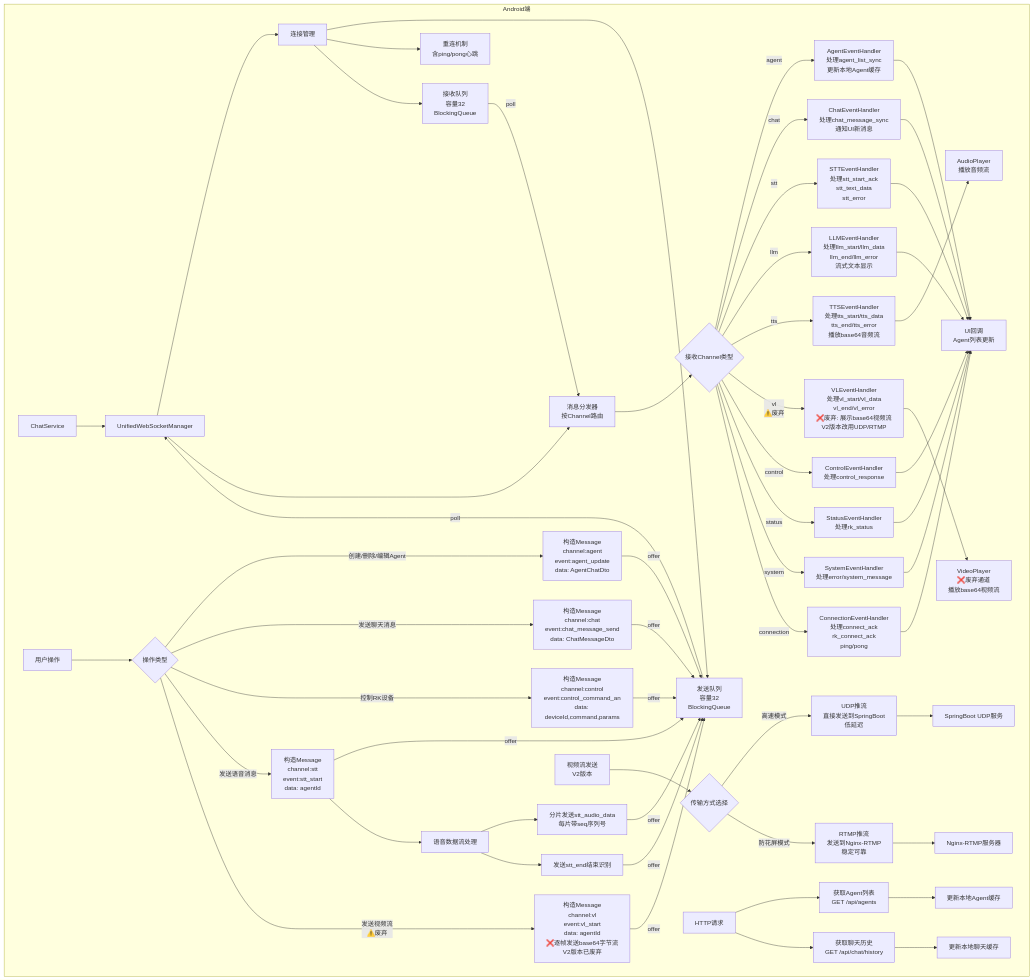
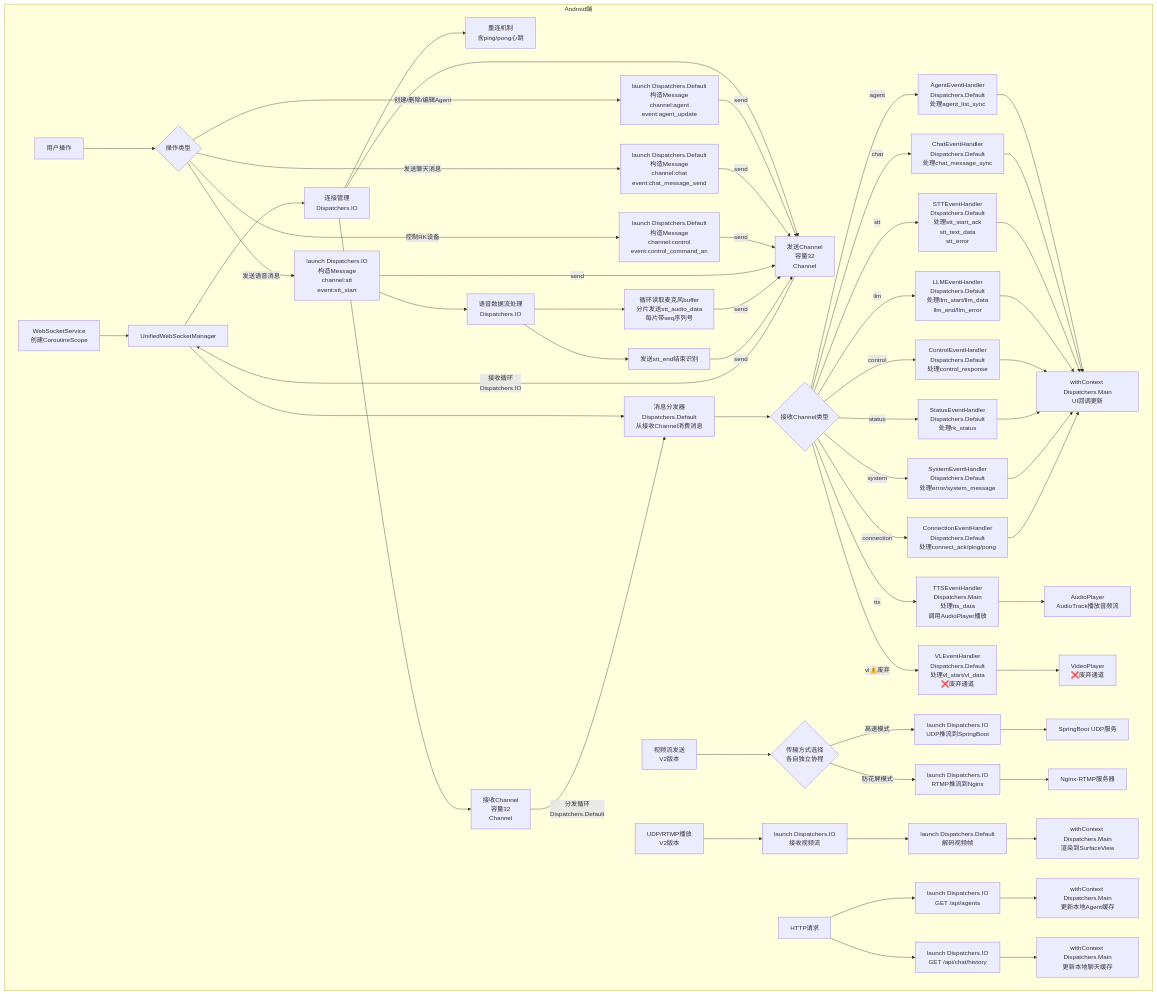
One commit to nangong918/magic-vector changed the third of 13 diagrams in cursor/WS重构.md. Above: the diagram before and after it, drawn with Mermaid. The commit also changed 1 other file, not shown here.

Commit message:
重构活动图

````diff
--- a/cursor/WS重构.md
+++ b/cursor/WS重构.md
@@ -41,74 +41,76 @@
 ```mermaid
 flowchart TD
     subgraph Android端
-        A[ChatService] --> B[UnifiedWebSocketManager]
+        A[WebSocketService<br/>创建CoroutineScope] --> B[UnifiedWebSocketManager]
 
-        B --> C[连接管理]
-        C --> D[发送队列<br/>容量32<br/>BlockingQueue<Message>]
+        B --> C[连接管理<br/>Dispatchers.IO]
+        C --> D[发送Channel<br/>容量32<br/>Channel<Message>]
         C --> E[重连机制<br/>含ping/pong心跳]
-        C --> F[接收队列<br/>容量32<br/>BlockingQueue<Message>]
+        C --> F[接收Channel<br/>容量32<br/>Channel<Message>]
 
-        B --> G[消息分发器<br/>按Channel路由]
+        B --> G[消息分发器<br/>Dispatchers.Default<br/>从接收Channel消费消息]
 
         G --> H{接收Channel类型}
 
-        H -->|agent| I1[AgentEventHandler<br/>处理agent_list_sync<br/>更新本地Agent缓存]
-        H -->|chat| I2[ChatEventHandler<br/>处理chat_message_sync<br/>通知UI新消息]
-        H -->|stt| I3[STTEventHandler<br/>处理stt_start_ack<br/>stt_text_data<br/>stt_error]
-        H -->|llm| I4[LLMEventHandler<br/>处理llm_start/llm_data<br/>llm_end/llm_error<br/>流式文本显示]
-        H -->|tts| I5[TTSEventHandler<br/>处理tts_start/tts_data<br/>tts_end/tts_error<br/>播放base64音频流]
-        H -->|vl<br/>⚠️废弃| I6[VLEventHandler<br/>处理vl_start/vl_data<br/>vl_end/vl_error<br/>&#10060废弃: 展示base64视频流<br/>V2版本改用UDP/RTMP]
-        H -->|control| I7[ControlEventHandler<br/>处理control_response]
-        H -->|status| I8[StatusEventHandler<br/>处理rk_status]
-        H -->|system| I9[SystemEventHandler<br/>处理error/system_message]
-        H -->|connection| I10[ConnectionEventHandler<br/>处理connect_ack<br/>rk_connect_ack<br/>ping/pong]
+        H -->|agent| I1[AgentEventHandler<br/>Dispatchers.Default<br/>处理agent_list_sync]
+        H -->|chat| I2[ChatEventHandler<br/>Dispatchers.Default<br/>处理chat_message_sync]
+        H -->|stt| I3[STTEventHandler<br/>Dispatchers.Default<br/>处理stt_start_ack<br/>stt_text_data<br/>stt_error]
+        H -->|llm| I4[LLMEventHandler<br/>Dispatchers.Default<br/>处理llm_start/llm_data<br/>llm_end/llm_error]
+        H -->|tts| I5[TTSEventHandler<br/>Dispatchers.Main<br/>处理tts_data<br/>调用AudioPlayer播放]
+        H -->|vl⚠️废弃| I6[VLEventHandler<br/>Dispatchers.Default<br/>处理vl_start/vl_data<br/>&#10060废弃通道]
+        H -->|control| I7[ControlEventHandler<br/>Dispatchers.Default<br/>处理control_response]
+        H -->|status| I8[StatusEventHandler<br/>Dispatchers.Default<br/>处理rk_status]
+        H -->|system| I9[SystemEventHandler<br/>Dispatchers.Default<br/>处理error/system_message]
+        H -->|connection| I10[ConnectionEventHandler<br/>Dispatchers.Default<br/>处理connect_ack/ping/pong]
 
-        I1 --> J[UI回调<br/>Agent列表更新]
+        I1 --> J[withContext Dispatchers.Main<br/>UI回调更新]
         I2 --> J
         I3 --> J
         I4 --> J
-        I5 --> K[AudioPlayer<br/>播放音频流]
-        I6 --> L[VideoPlayer<br/>&#10060废弃通道<br/>播放base64视频流]
+        I5 --> K[AudioPlayer<br/>AudioTrack播放音频流]
+        I6 --> L[VideoPlayer<br/>&#10060废弃通道]
         I7 --> J
         I8 --> J
         I9 --> J
         I10 --> J
 
         M[用户操作] --> N{操作类型}
 
-        N -->|创建/删除/编辑Agent| O1[构造Message<br/>channel:agent<br/>event:agent_update<br/>data: AgentChatDto]
-        N -->|发送聊天消息| O2[构造Message<br/>channel:chat<br/>event:chat_message_send<br/>data: ChatMessageDto]
-        N -->|控制RK设备| O3[构造Message<br/>channel:control<br/>event:control_command_an<br/>data: deviceId,command,params]
-        N -->|发送语音消息| O4[构造Message<br/>channel:stt<br/>event:stt_start<br/>data: agentId]
-        N -->|发送视频流<br/>⚠️废弃| O5[构造Message<br/>channel:vl<br/>event:vl_start<br/>data: agentId<br/>&#10060逐帧发送base64字节流<br/>V2版本已废弃]
+        N -->|创建/删除/编辑Agent| O1[launch Dispatchers.Default<br/>构造Message<br/>channel:agent<br/>event:agent_update]
+        N -->|发送聊天消息| O2[launch Dispatchers.Default<br/>构造Message<br/>channel:chat<br/>event:chat_message_send]
+        N -->|控制RK设备| O3[launch Dispatchers.Default<br/>构造Message<br/>channel:control<br/>event:control_command_an]
+        N -->|发送语音消息| O4[launch Dispatchers.IO<br/>构造Message<br/>channel:stt<br/>event:stt_start]
 
-        O1 -->|offer| D
-        O2 -->|offer| D
-        O3 -->|offer| D
-        O4 -->|offer| D
-        O5 -->|offer| D
+        O1 -->|send| D
+        O2 -->|send| D
+        O3 -->|send| D
+        O4 -->|send| D
 
-        O4 --> P[语音数据流处理]
-        P --> Q[分片发送stt_audio_data<br/>每片带seq序列号]
-        Q -->|offer| D
+        O4 --> P[语音数据流处理<br/>Dispatchers.IO]
+        P --> Q[循环读取麦克风buffer<br/>分片发送stt_audio_data<br/>每片带seq序列号]
+        Q -->|send| D
 
         P --> R[发送stt_end结束识别]
-        R -->|offer| D
+        R -->|send| D
 
-        S[视频流发送<br/>V2版本] --> T{传输方式选择}
-        T -->|高速模式| U[UDP推流<br/>直接发送到SpringBoot<br/>低延迟]
-        T -->|防花屏模式| V[RTMP推流<br/>发送到Nginx-RTMP<br/>稳定可靠]
+        S[视频流发送<br/>V2版本] --> T{传输方式选择<br/>各自独立协程}
+        T -->|高速模式| U[launch Dispatchers.IO<br/>UDP推流到SpringBoot]
+        T -->|防花屏模式| V[launch Dispatchers.IO<br/>RTMP推流到Nginx]
 
         U --> W[SpringBoot UDP服务]
         V --> X[Nginx-RTMP服务器]
 
-        D -->|poll| B
-        F -->|poll| G
+        Y[UDP/RTMP播放<br/>V2版本] --> Z[launch Dispatchers.IO<br/>接收视频流]
+        Z --> AA[launch Dispatchers.Default<br/>解码视频帧]
+        AA --> AB[withContext Dispatchers.Main<br/>渲染到SurfaceView]
 
-        Y[HTTP请求] --> Z1[获取Agent列表<br/>GET /api/agents]
-        Y --> Z2[获取聊天历史<br/>GET /api/chat/history]
+        D -->|接收循环<br/>Dispatchers.IO| B
+        F -->|分发循环<br/>Dispatchers.Default| G
 
-        Z1 --> AA1[更新本地Agent缓存]
-        Z2 --> AA2[更新本地聊天缓存]
+        AC[HTTP请求] --> AD[launch Dispatchers.IO<br/>GET /api/agents]
+        AC --> AE[launch Dispatchers.IO<br/>GET /api/chat/history]
+
+        AD --> AF[withContext Dispatchers.Main<br/>更新本地Agent缓存]
+        AE --> AG[withContext Dispatchers.Main<br/>更新本地聊天缓存]
     end
 ```
````
